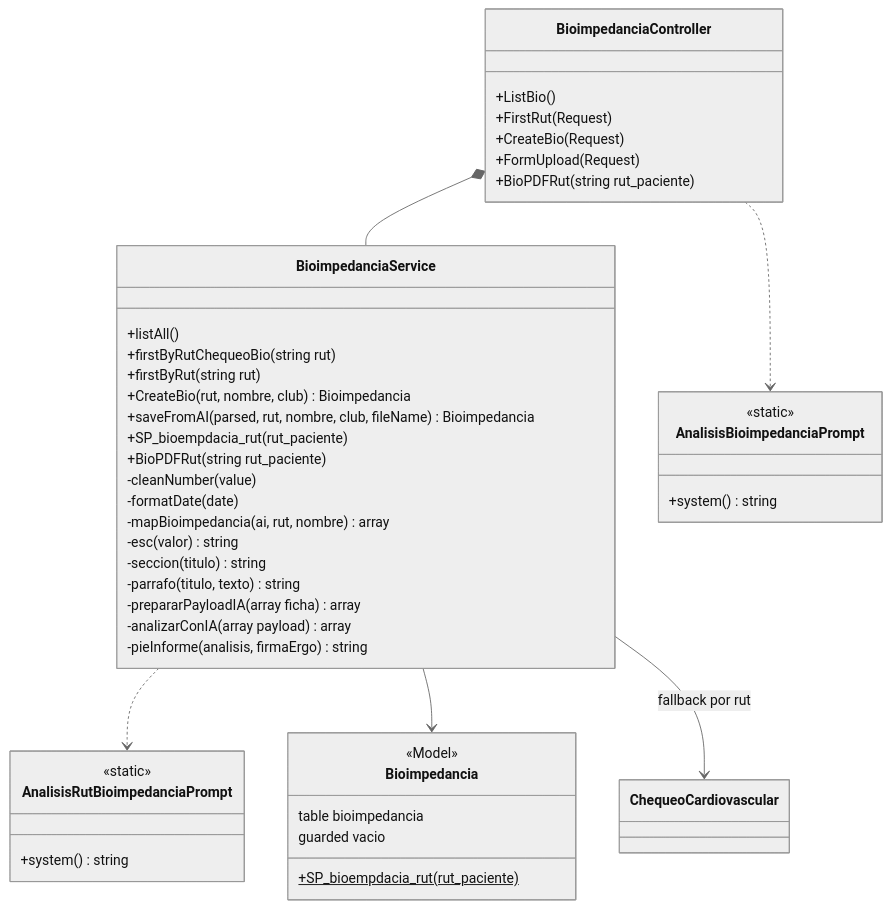
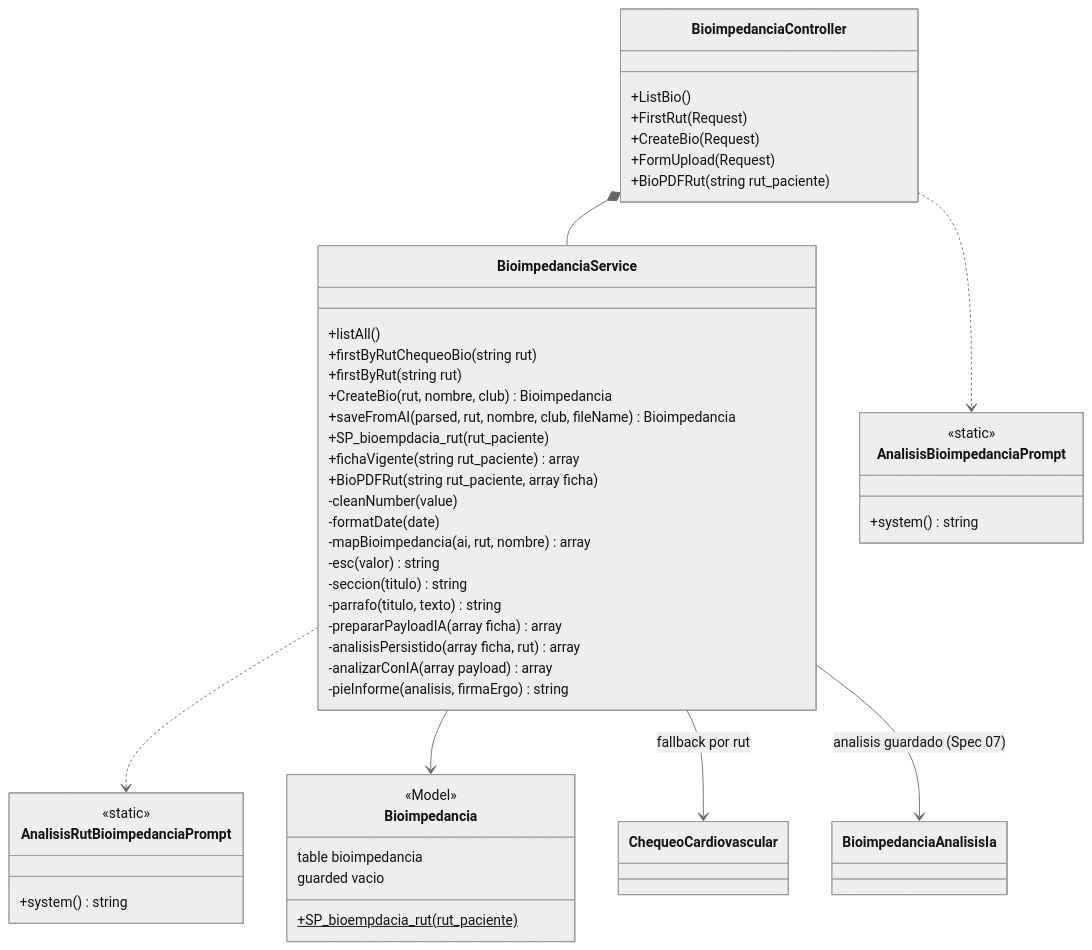
One commit to Nruz-app/laravel-back-end-ergosanitas-app changed the fourth of 12 diagrams in docs/diagrama-clases.md. Above: the diagram before and after it, drawn with Mermaid (neutral theme). The commit also changed other lines of this file and 64 other files, not shown here.

First line of the commit message:
feat: descarga de certificados por RUT (SPEC 07), kit de specs del back y documentacion

````diff
--- a/docs/diagrama-clases.md
+++ b/docs/diagrama-clases.md
@@ -360,52 +361,55 @@
 ```mermaid
 classDiagram
     class BioimpedanciaController {
         +ListBio()
         +FirstRut(Request)
         +CreateBio(Request)
         +FormUpload(Request)
         +BioPDFRut(string rut_paciente)
     }
 
     class BioimpedanciaService {
         +listAll()
         +firstByRutChequeoBio(string rut)
         +firstByRut(string rut)
         +CreateBio(rut, nombre, club) Bioimpedancia
         +saveFromAI(parsed, rut, nombre, club, fileName) Bioimpedancia
         +SP_bioempdacia_rut(rut_paciente)
-        +BioPDFRut(string rut_paciente)
+        +fichaVigente(string rut_paciente) array
+        +BioPDFRut(string rut_paciente, array ficha)
         -cleanNumber(value)
         -formatDate(date)
         -mapBioimpedancia(ai, rut, nombre) array
         -esc(valor) string
         -seccion(titulo) string
         -parrafo(titulo, texto) string
         -prepararPayloadIA(array ficha) array
+        -analisisPersistido(array ficha, rut) array
         -analizarConIA(array payload) array
         -pieInforme(analisis, firmaErgo) string
     }
 
     class AnalisisBioimpedanciaPrompt {
         <<static>>
         +system() string
     }
 
     class AnalisisRutBioimpedanciaPrompt {
         <<static>>
         +system() string
     }
 
     class Bioimpedancia {
         <<Model>>
         table bioimpedancia
         guarded vacio
         +SP_bioempdacia_rut(rut_paciente)$
     }
 
     BioimpedanciaController *-- BioimpedanciaService
     BioimpedanciaController ..> AnalisisBioimpedanciaPrompt
     BioimpedanciaService ..> AnalisisRutBioimpedanciaPrompt
     BioimpedanciaService --> Bioimpedancia
     BioimpedanciaService --> ChequeoCardiovascular : fallback por rut
+    BioimpedanciaService --> BioimpedanciaAnalisisIa : analisis guardado (Spec 07)
 ```
````
